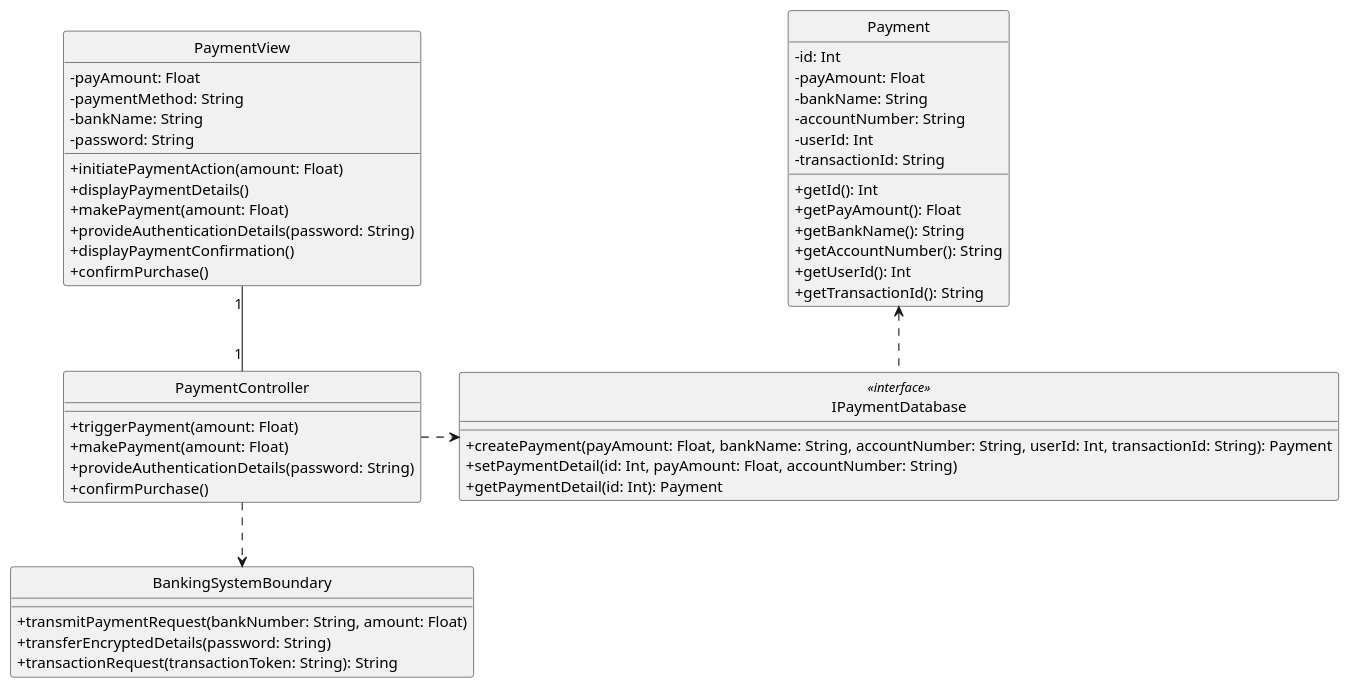
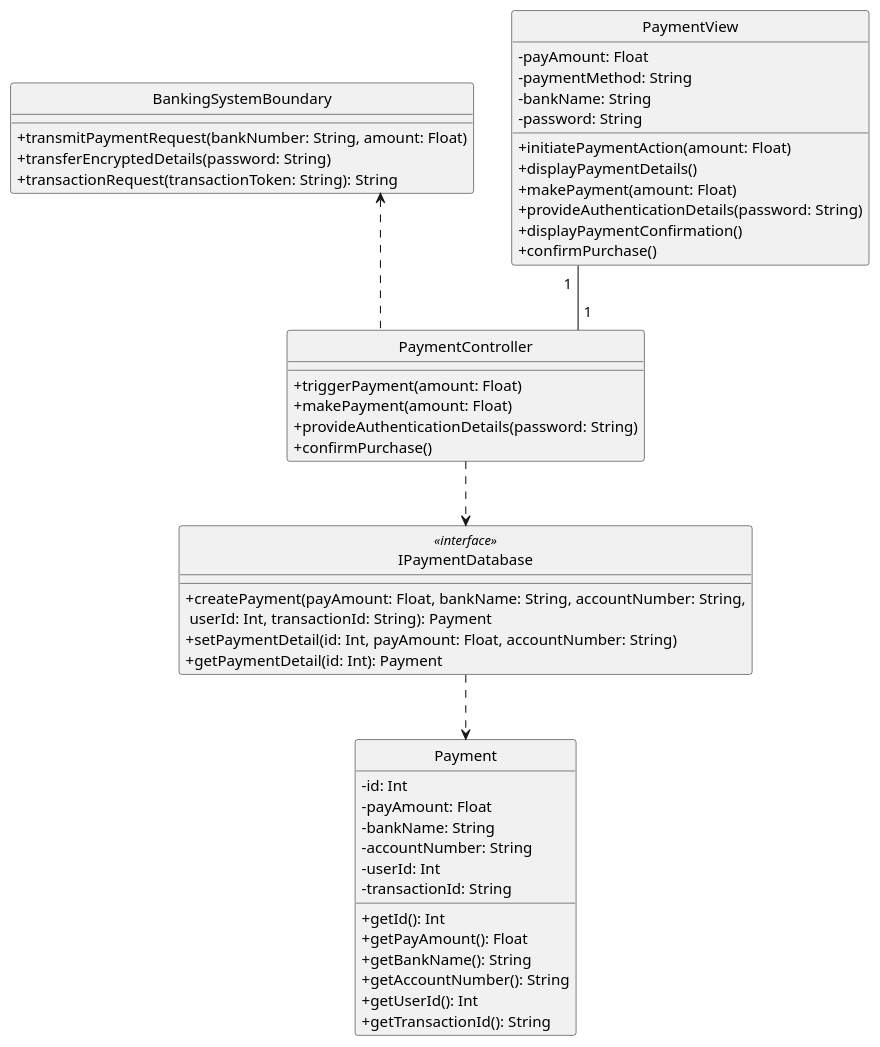
One commit to anhbanlinhle/velocity-exchange changed the diagram in uml/design/class/linh/make_payment.puml. Above: the diagram before and after it, drawn with PlantUML.

Commit message:
doc[lynn]: add linebreak & fix structure

```diff
--- a/uml/design/class/linh/make_payment.puml
+++ b/uml/design/class/linh/make_payment.puml
@@ -1,66 +1,66 @@
 @startuml 
 skinparam classAttributeIconSize 0
 skinparam linetype ortho
 hide circle
 class PaymentView {
     - payAmount: Float
     - paymentMethod: String
     - bankName: String
     - password: String
 
     + initiatePaymentAction(amount: Float)
     + displayPaymentDetails()
     + makePayment(amount: Float)
     + provideAuthenticationDetails(password: String)
     + displayPaymentConfirmation()
     + confirmPurchase()
 
     }
 
 class PaymentController {
     + triggerPayment(amount: Float)
     + makePayment(amount: Float)
     + provideAuthenticationDetails(password: String)
     + confirmPurchase()
 
     }
 
 class Payment {
     - id: Int
     - payAmount: Float
     - bankName: String
     - accountNumber: String
     - userId: Int
     - transactionId: String
 
     + getId(): Int
     + getPayAmount(): Float
     + getBankName(): String
     + getAccountNumber(): String
     + getUserId(): Int
     + getTransactionId(): String
 
     }
 
 class BankingSystemBoundary {
     + transmitPaymentRequest(bankNumber: String, amount: Float)
     + transferEncryptedDetails(password: String)
     + transactionRequest(transactionToken: String): String
 
     }
 
 class IPaymentDatabase <<interface>> {
-    + createPayment(payAmount: Float, bankName: String, accountNumber: String, userId: Int, transactionId: String): Payment
+    + createPayment(payAmount: Float, bankName: String, accountNumber: String,\n userId: Int, transactionId: String): Payment
     + setPaymentDetail(id: Int, payAmount: Float, accountNumber: String)
     + getPaymentDetail(id: Int): Payment
     }
 
-PaymentView "1" -- "1" PaymentController
+PaymentView "1" -d- "1" PaymentController
 
-PaymentController ..r> IPaymentDatabase
+PaymentController ..d> IPaymentDatabase
 
-PaymentController ..d> BankingSystemBoundary
+PaymentController ..u> BankingSystemBoundary
 
-IPaymentDatabase ..u> Payment
+IPaymentDatabase ..d> Payment
 
 @enduml
```
